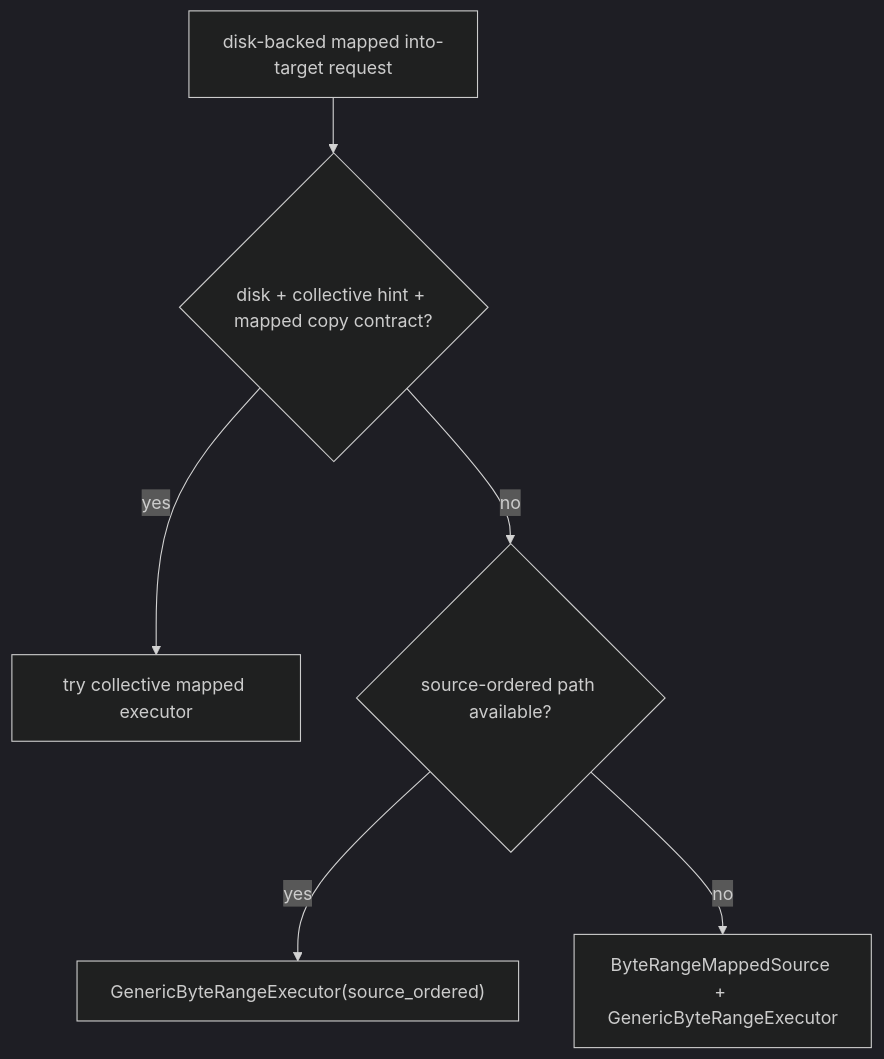
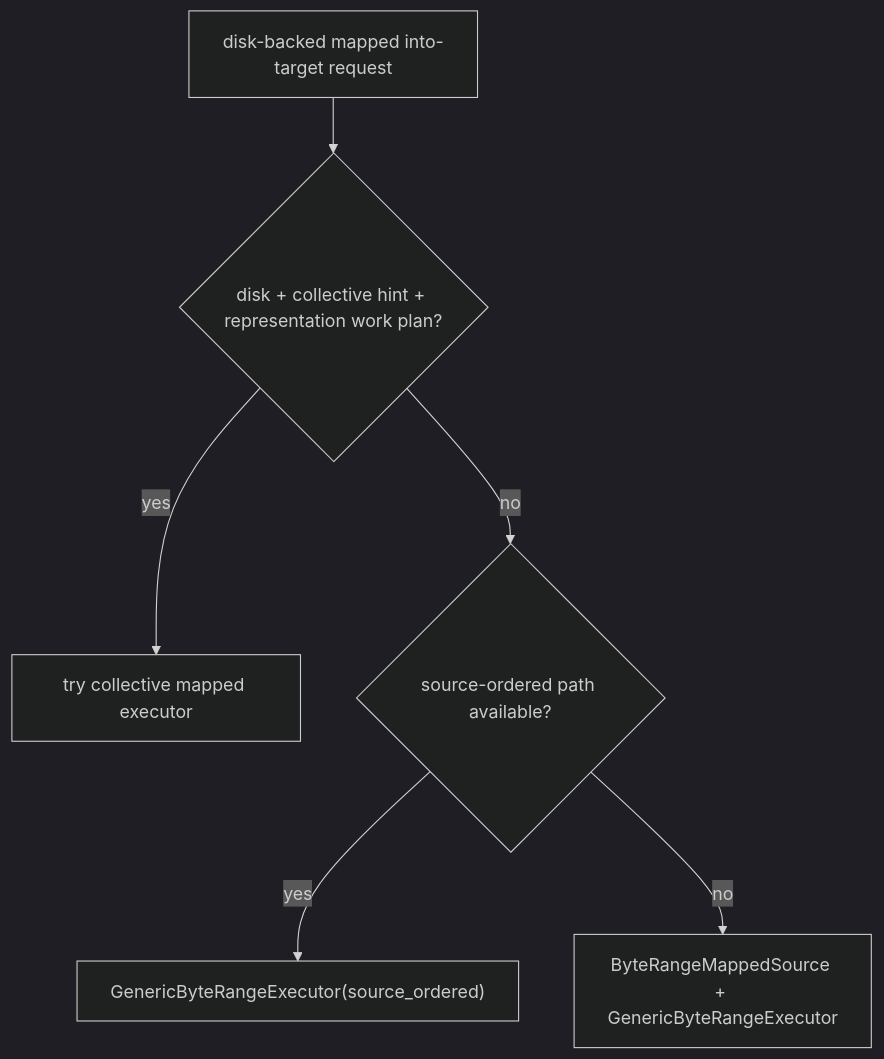
Before and after one commit to tensorcast-ai/tensorcast: the fourth of 4 diagrams in docs/internals/disk-load-strategy.md, drawn with Mermaid (dark theme). The commit also changed other lines of this file and 8 other files, not shown here.

````diff
--- a/docs/internals/disk-load-strategy.md
+++ b/docs/internals/disk-load-strategy.md
@@ -355,8 +362,8 @@
 ```mermaid
 flowchart TD
-    A["disk-backed mapped into-target request"] --> B{"disk + collective hint + mapped copy contract?"}
+    A["disk-backed mapped into-target request"] --> B{"disk + collective hint + representation work plan?"}
     B -- "yes" --> C["try collective mapped executor"]
     B -- "no" --> D{"source-ordered path available?"}
     D -- "yes" --> E["GenericByteRangeExecutor(source_ordered)"]
     D -- "no" --> F["ByteRangeMappedSource + GenericByteRangeExecutor"]
 ```
````
